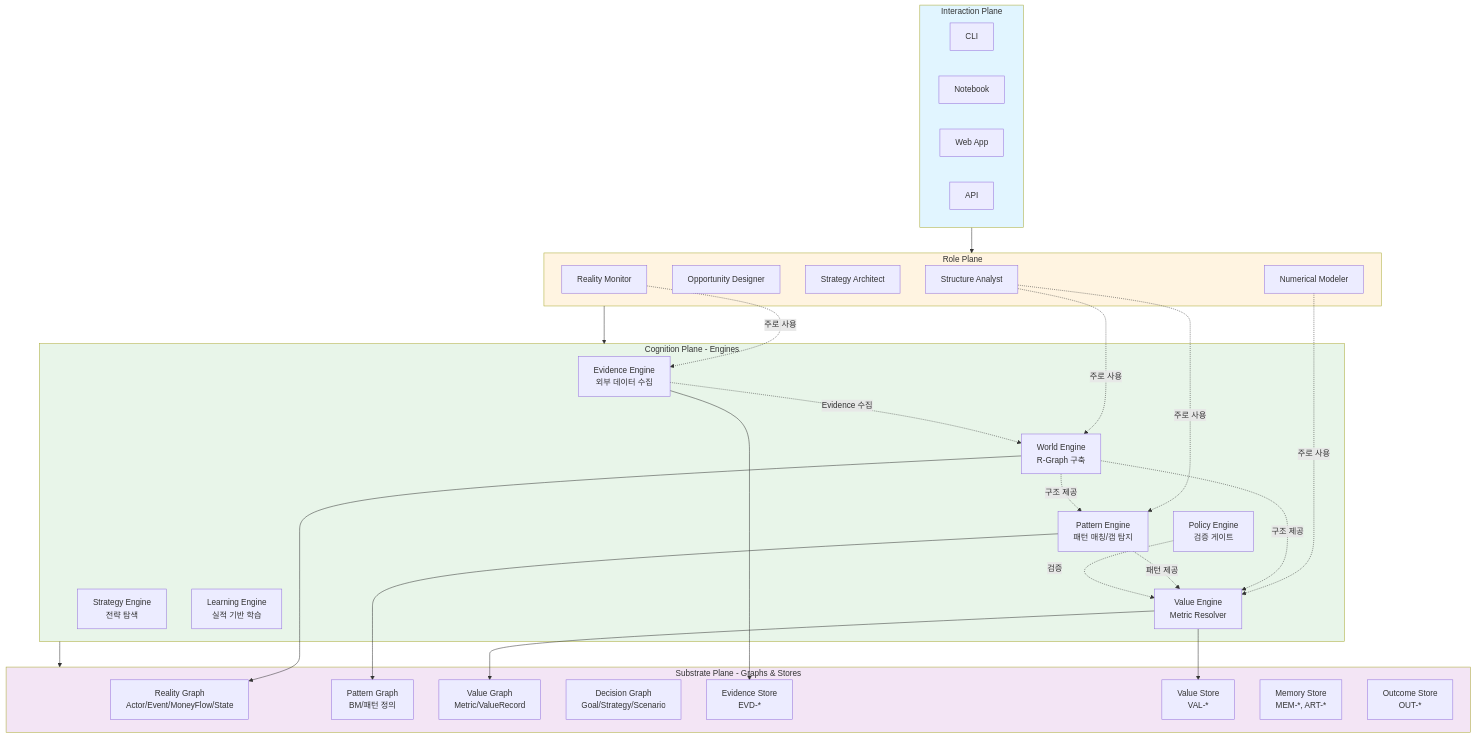
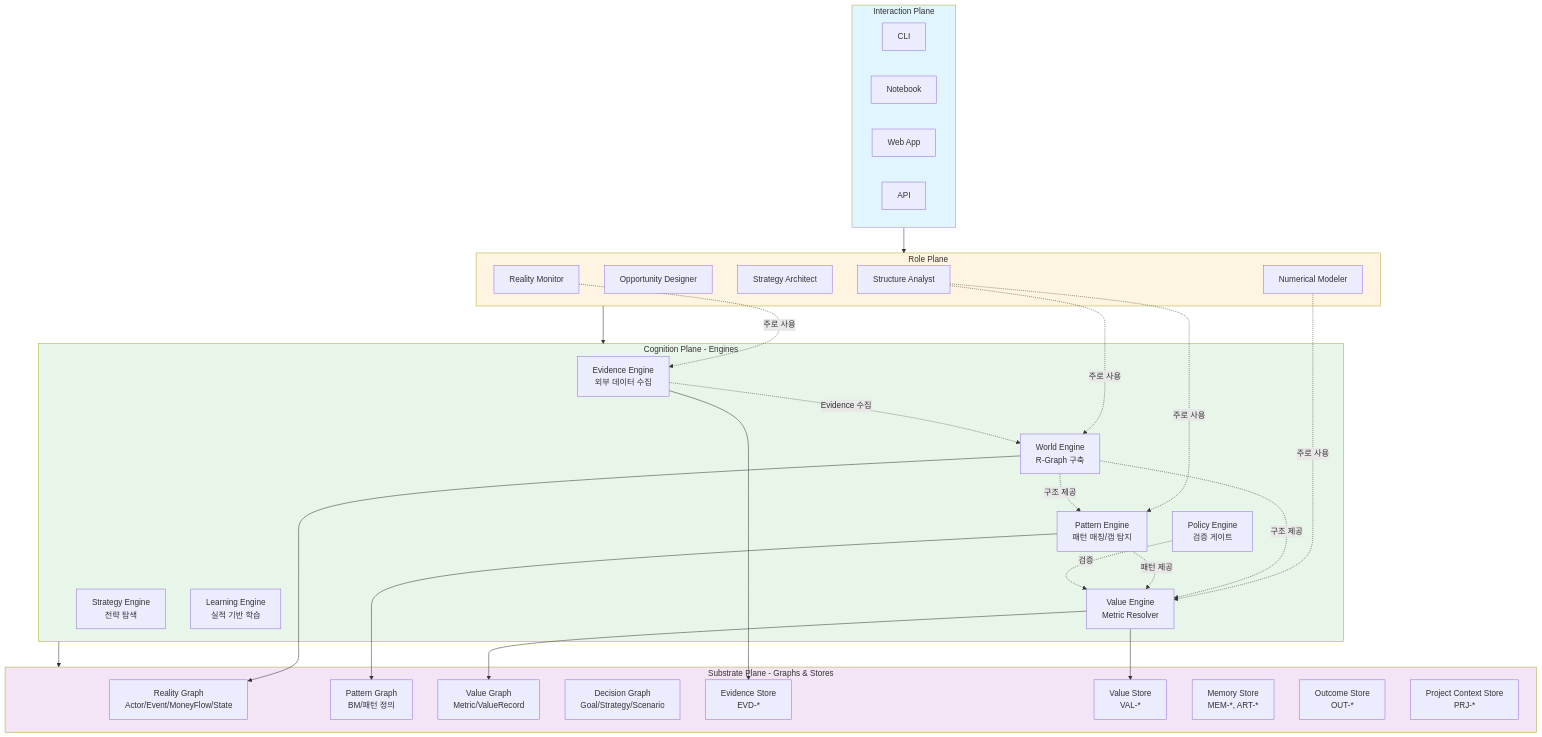
One commit to kangminlee-maker/cmis-v2 changed the first of 13 diagrams in UMIS_v9_Structure_Analysis_Diagrams.md. Above: the diagram before and after it, drawn with Mermaid. The commit also changed other lines of this file and 9 other files, not shown here.

````diff
--- a/UMIS_v9_Structure_Analysis_Diagrams.md
+++ b/UMIS_v9_Structure_Analysis_Diagrams.md
@@ -11,65 +11,66 @@
 ```mermaid
 graph TB
     subgraph IP[Interaction Plane]
         CLI[CLI]
         NB[Notebook]
         WEB[Web App]
         API[API]
     end
 
     subgraph RP[Role Plane]
         SA[Structure Analyst]
         OD[Opportunity Designer]
         STR[Strategy Architect]
         NM[Numerical Modeler]
         RM[Reality Monitor]
     end
 
     subgraph CP[Cognition Plane - Engines]
         EE[Evidence Engine<br/>외부 데이터 수집]
         WE[World Engine<br/>R-Graph 구축]
         PE[Pattern Engine<br/>패턴 매칭/갭 탐지]
         VE[Value Engine<br/>Metric Resolver]
         SE[Strategy Engine<br/>전략 탐색]
         LE[Learning Engine<br/>실적 기반 학습]
         POL[Policy Engine<br/>검증 게이트]
     end
 
     subgraph SP[Substrate Plane - Graphs & Stores]
         RG[Reality Graph<br/>Actor/Event/MoneyFlow/State]
         PG[Pattern Graph<br/>BM/패턴 정의]
         VG[Value Graph<br/>Metric/ValueRecord]
         DG[Decision Graph<br/>Goal/Strategy/Scenario]
         
         EVS[Evidence Store<br/>EVD-*]
         VLS[Value Store<br/>VAL-*]
         MEM[Memory Store<br/>MEM-*, ART-*]
         OUT[Outcome Store<br/>OUT-*]
+        PCS[Project Context Store<br/>PRJ-*]
     end
 
     IP --> RP
     RP --> CP
     CP --> SP
 
     SA -.주로 사용.-> WE
     SA -.주로 사용.-> PE
     NM -.주로 사용.-> VE
     RM -.주로 사용.-> EE
 
     EE --> EVS
     WE --> RG
     PE --> PG
     VE --> VG
     VE --> VLS
     
     EE -.Evidence 수집.-> WE
     WE -.구조 제공.-> PE
     WE -.구조 제공.-> VE
     PE -.패턴 제공.-> VE
     POL -.검증.-> VE
 
     style IP fill:#e1f5ff
     style RP fill:#fff4e1
     style CP fill:#e8f5e9
     style SP fill:#f3e5f5
 ```
````
